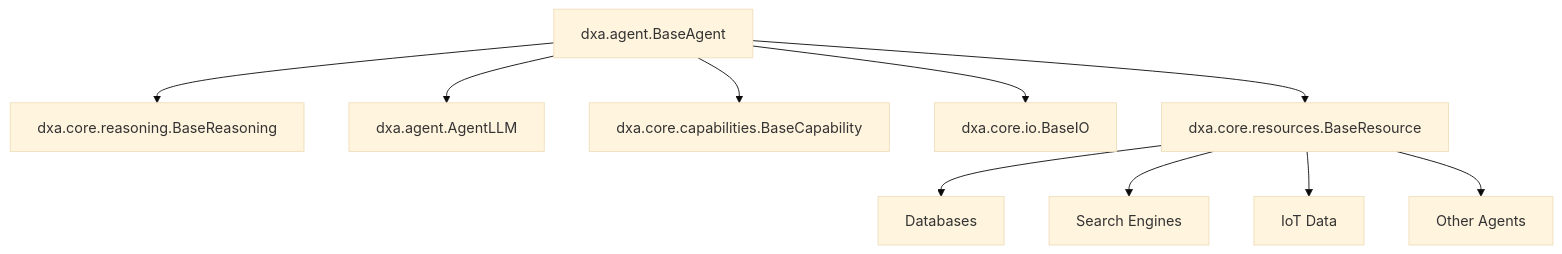
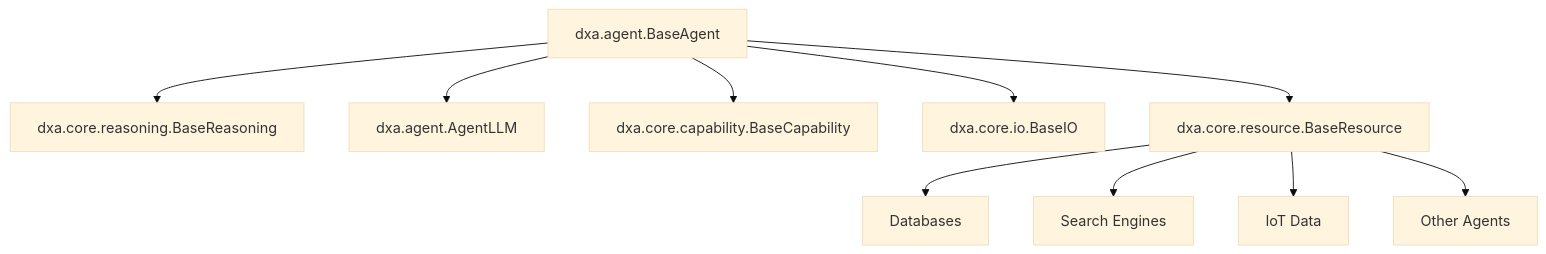
Before and after one commit to aitomatic/dana: the diagram in docs/README.md, drawn with Mermaid (base theme). The commit also changed other lines of this file and 26 other files, not shown here.

Commit message:
Added documentation, change dxa.resources to dxa.resource, dxa.capabilities to dxa.capability

````diff
--- a/docs/README.md
+++ b/docs/README.md
@@ -11,13 +11,13 @@
 ```mermaid
 graph TD
     A[dxa.agent.BaseAgent] --> B[dxa.core.reasoning.BaseReasoning]
     A --> C[dxa.agent.AgentLLM]
-    A --> D[dxa.core.capabilities.BaseCapability]
+    A --> D[dxa.core.capability.BaseCapability]
     A --> E[dxa.core.io.BaseIO]
-    A --> F[dxa.core.resources.BaseResource]
+    A --> F[dxa.core.resource.BaseResource]
     
     F --> G[Databases]
     F --> H[Search Engines]
     F --> I[IoT Data]
     F --> J[Other Agents]
 ```
````
